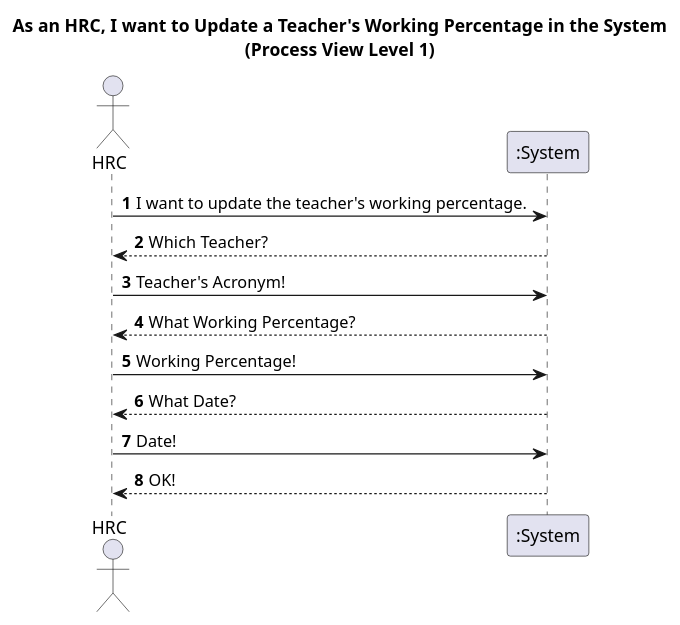
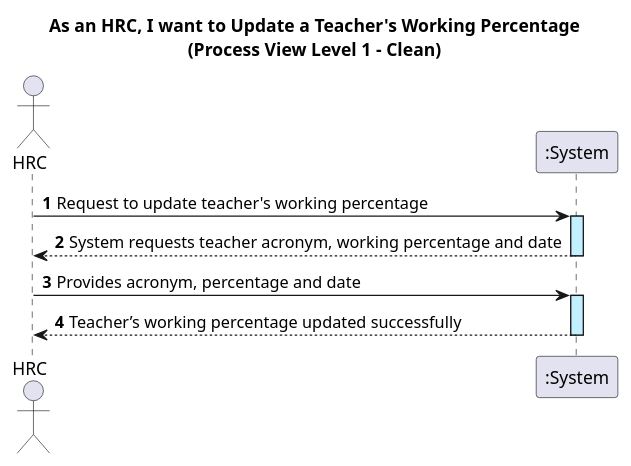
The diagram in docs/US15/Sprint6/ProcessView/Level1.puml (GasparISEP/DevOps-PAI), drawn with PlantUML before and after one commit. The commit also changed 2 other files, not shown here.

Commit message:
Refactor Process View Diagrams for Teacher´s WorkingPercentage. Related #645

```diff
--- a/docs/US15/Sprint6/ProcessView/Level1.puml
+++ b/docs/US15/Sprint6/ProcessView/Level1.puml
@@ -1,18 +1,13 @@
 @startuml
-title As an HRC, I want to Update a Teacher's Working Percentage in the System\n(Process View Level 1)
 autonumber
+title As an HRC, I want to Update a Teacher's Working Percentage\n(Process View Level 1 - Clean)
 
 actor HRC
-participant ":System" as system
+participant ":System" as System
 
-HRC -> system: I want to update the teacher's working percentage.
-system --> HRC: Which Teacher?
-HRC -> system: Teacher's Acronym!
-system --> HRC: What Working Percentage?
-HRC -> system: Working Percentage!
-system --> HRC: What Date?
-HRC -> system: Date!
-
-system --> HRC: OK!
+HRC -> System ++#application: Request to update teacher's working percentage
+System --> HRC --: System requests teacher acronym, working percentage and date
+HRC -> System ++#application: Provides acronym, percentage and date
+System --> HRC --: Teacher’s working percentage updated successfully
 
 @enduml
```
